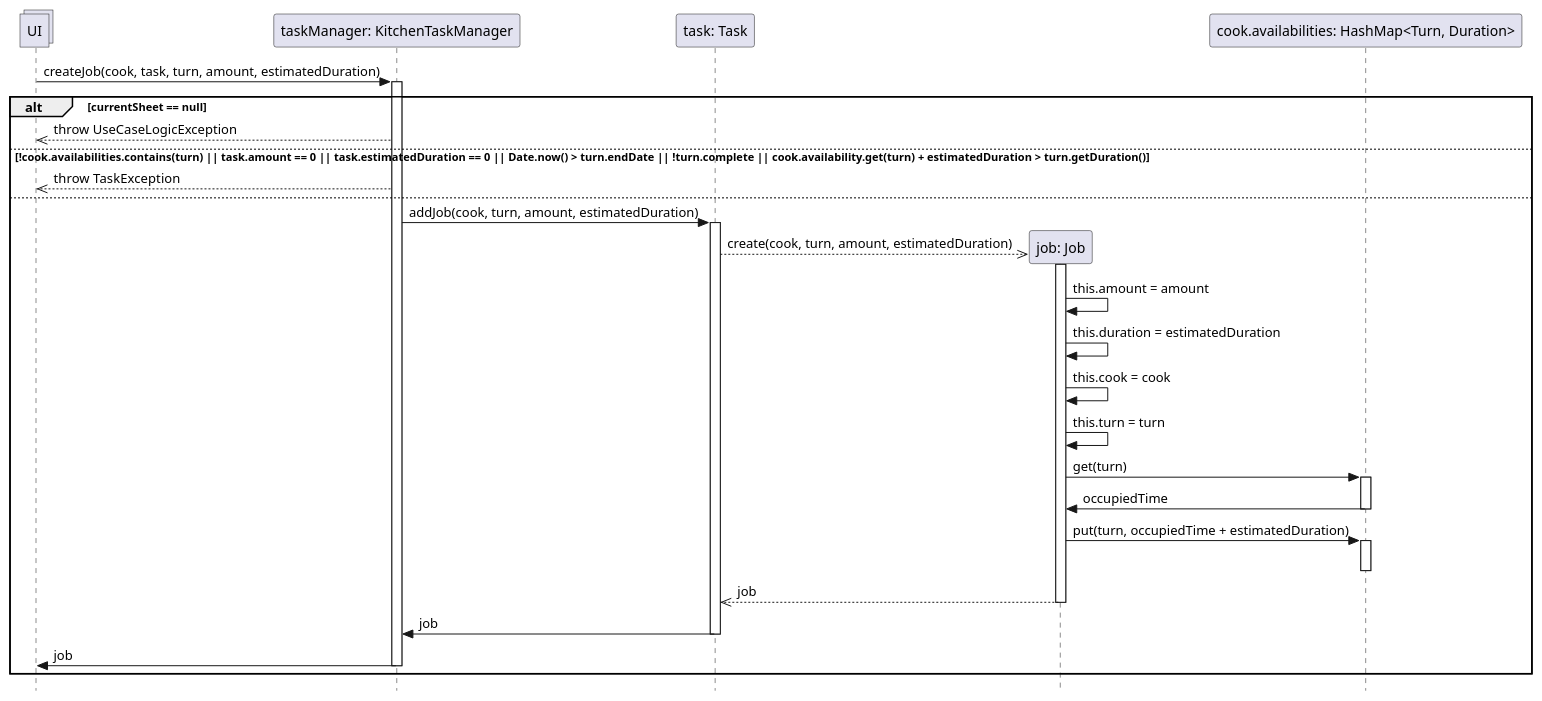
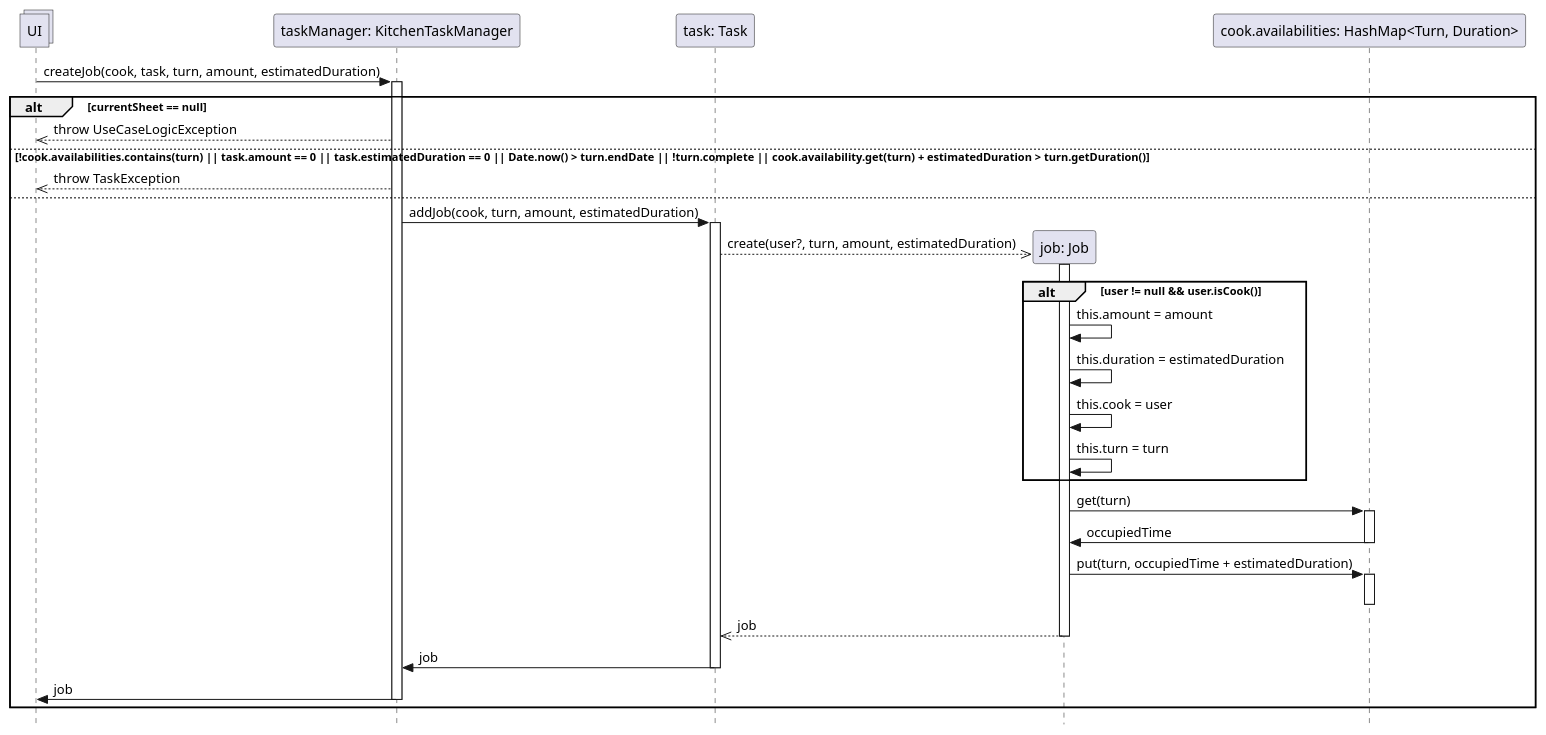
Before and after one commit to stefa168/sas-project: the diagram in DSD Operazione 6.puml, drawn with PlantUML.

Commit message:
modifica DSD6

```diff
--- a/DSD Operazione 6.puml
+++ b/DSD Operazione 6.puml
@@ -1,51 +1,52 @@
 @startuml Operazione 6
 skinparam Style strictuml
 
 collections UI
 
 participant "taskManager: KitchenTaskManager" as tm
 UI -> tm: createJob(cook, task, turn, amount, estimatedDuration)
 activate tm
 
 participant "task: Task" as task
 
 alt currentSheet == null
     UI <<-- tm: throw UseCaseLogicException
 else !cook.availabilities.contains(turn) || task.amount == 0 || task.estimatedDuration == 0 || Date.now() > turn.endDate || !turn.complete || cook.availability.get(turn) + estimatedDuration > turn.getDuration()
     UI <<-- tm: throw TaskException
 else
 
     tm -> task: addJob(cook, turn, amount, estimatedDuration)
     activate task
 
     participant "job: Job" as job
-    task -->> job**: create(cook, turn, amount, estimatedDuration)
+    task -->> job**: create(user?, turn, amount, estimatedDuration)
 
     activate job
-    job -> job: this.amount = amount
-    job -> job: this.duration = estimatedDuration
-    job -> job: this.cook = cook
-    job -> job: this.turn = turn
-    
+        alt  user != null && user.isCook()
+            job -> job: this.amount = amount
+            job -> job: this.duration = estimatedDuration
+            job -> job: this.cook = user
+            job -> job: this.turn = turn
+        end
 
     participant "cook.availabilities: HashMap<Turn, Duration>" as ca
     job -> ca: get(turn)
     activate ca
     job <- ca: occupiedTime
     deactivate ca
 
     job -> ca: put(turn, occupiedTime + estimatedDuration)
     activate ca
     deactivate ca
 
     return job
 
     tm <- task: job
     deactivate task
 
     UI <- tm: job
     deactivate tm
     
 end
 
 @enduml
```
